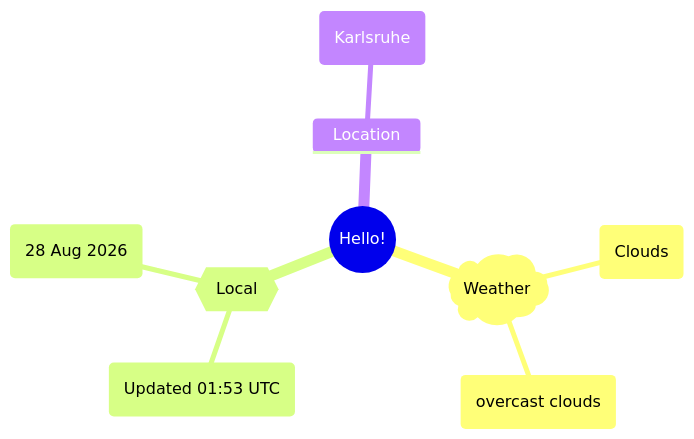
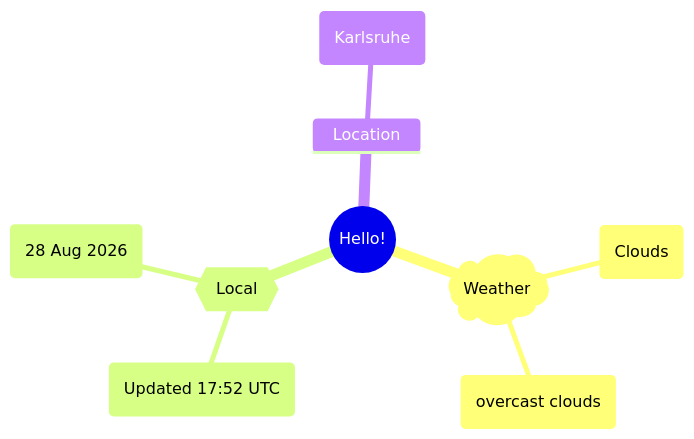
Before and after one commit to Xosrov/Xosrov: the first of 2 diagrams in README.md, drawn with Mermaid.

Commit message:
[bot] updated images

````diff
--- a/README.md
+++ b/README.md
@@ -3,12 +3,12 @@
 ```mermaid
 mindmap
   root((Hello!))
     )Weather(
         (Clouds)
         (overcast clouds)
     {{Local}}
-        (Updated 01:53 UTC)
+        (Updated 17:52 UTC)
         (28 Aug 2026)
     Location
         (Karlsruhe)
 ```
````
